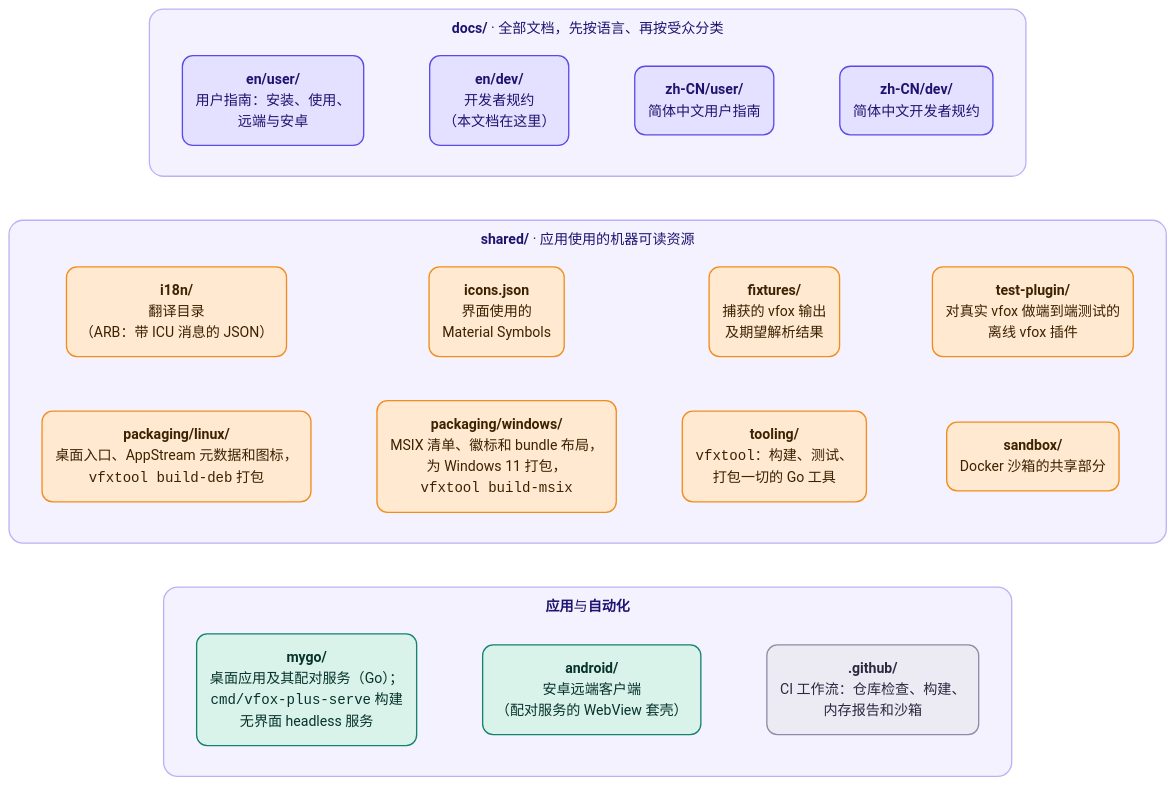
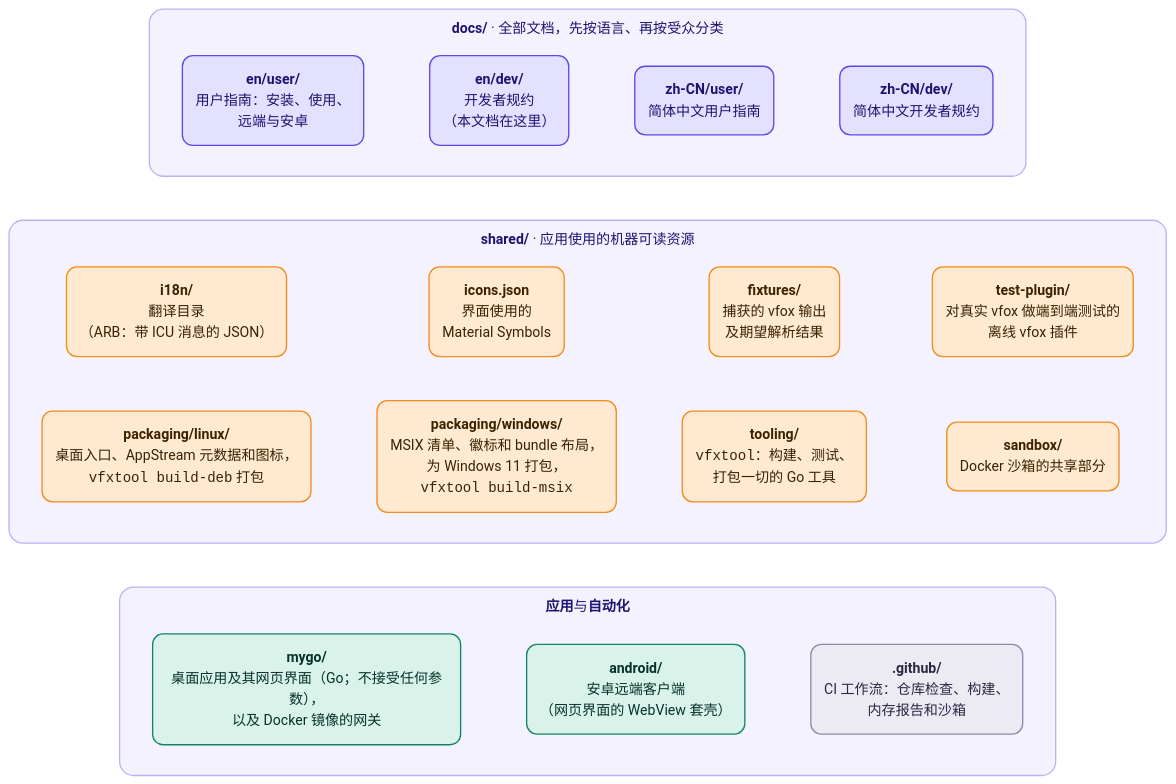
One commit to version-fox/vfox-plus changed the first of 5 diagrams in docs/zh-CN/dev/architecture.md. Above: the diagram before and after it, drawn with Mermaid. The commit also changed other lines of this file and 203 other files, not shown here.

First line of the commit message:
Make vfox+ a GUI-only application, with the web interface, the lightweight mode and an icon in the tray as settings (#51)

````diff
--- a/docs/zh-CN/dev/architecture.md
+++ b/docs/zh-CN/dev/architecture.md
@@ -12,51 +12,51 @@
 ```mermaid
 ---
 config:
   theme: base
   themeVariables:
     fontFamily: "system-ui, -apple-system, 'Segoe UI', 'Noto Sans', 'Noto Sans CJK SC', 'PingFang SC', 'Microsoft YaHei', sans-serif"
     lineColor: "#7C79A8"
     primaryColor: "#FFE9D0"
     primaryBorderColor: "#F28C1B"
     primaryTextColor: "#3B2200"
     clusterBkg: "#F4F2FF"
     clusterBorder: "#B9B3F5"
     titleColor: "#1E1470"
     edgeLabelBackground: "#FFFFFF"
   flowchart:
     curve: basis
     wrappingWidth: 320
     subGraphTitleMargin:
       top: 10
       bottom: 8
 ---
 flowchart TB
     accTitle: 仓库布局
-    accDescr: docs 存放文档，shared 存放应用使用的资源，mygo 与 android 是应用，.github 是 CI 工作流。
+    accDescr: docs 存放文档，shared 存放应用使用的资源，mygo 是应用和 Docker 镜像的网关，android 是安卓客户端，.github 是 CI 工作流。
     subgraph docs["<b>docs/</b> · 全部文档，先按语言、再按受众分类"]
         direction LR
         d1("<b>en/user/</b><br/>用户指南：安装、使用、<br/>远端与安卓") ~~~ d2("<b>en/dev/</b><br/>开发者规约<br/>（本文档在这里）") ~~~ d3("<b>zh-CN/user/</b><br/>简体中文用户指南") ~~~ d4("<b>zh-CN/dev/</b><br/>简体中文开发者规约")
     end
     subgraph shared["<b>shared/</b> · 应用使用的机器可读资源"]
         direction LR
         s1("<b>i18n/</b><br/>翻译目录<br/>（ARB：带 ICU 消息的 JSON）") ~~~ s2("<b>icons.json</b><br/>界面使用的<br/>Material Symbols") ~~~ s3("<b>fixtures/</b><br/>捕获的 vfox 输出<br/>及期望解析结果") ~~~ s4("<b>test-plugin/</b><br/>对真实 vfox 做端到端测试的<br/>离线 vfox 插件")
         s5("<b>packaging/linux/</b><br/>桌面入口、AppStream 元数据和图标，<br/><code>vfxtool build-deb</code> 打包") ~~~ s6("<b>packaging/windows/</b><br/>MSIX 清单、徽标和 bundle 布局，<br/>为 Windows 11 打包，<br/><code>vfxtool build-msix</code>") ~~~ s7("<b>tooling/</b><br/><code>vfxtool</code>：构建、测试、<br/>打包一切的 Go 工具") ~~~ s8("<b>sandbox/</b><br/>Docker 沙箱的共享部分")
     end
     subgraph code["<b>应用</b>与<b>自动化</b>"]
         direction LR
-        m("<b>mygo/</b><br/>桌面应用及其配对服务（Go）；<br/><code>cmd/vfox-plus-serve</code> 构建<br/>无界面 headless 服务") ~~~ a("<b>android/</b><br/>安卓远端客户端<br/>（配对服务的 WebView 套壳）") ~~~ g("<b>.github/</b><br/>CI 工作流：仓库检查、构建、<br/>内存报告和沙箱")
+        m("<b>mygo/</b><br/>桌面应用及其网页界面（Go；不接受任何参数），<br/>以及 Docker 镜像的网关") ~~~ a("<b>android/</b><br/>安卓远端客户端<br/>（网页界面的 WebView 套壳）") ~~~ g("<b>.github/</b><br/>CI 工作流：仓库检查、构建、<br/>内存报告和沙箱")
     end
     docs ~~~ shared ~~~ code
 
     classDef docs fill:#E4E0FF,stroke:#5A4BE8,color:#1E1470,stroke-width:1.5px,rx:12,ry:12
     classDef shared fill:#FFE9D0,stroke:#F28C1B,color:#3B2200,stroke-width:1.5px,rx:12,ry:12
     classDef app fill:#D9F2EA,stroke:#13836B,color:#06332A,stroke-width:1.5px,rx:12,ry:12
     classDef ci fill:#ECEBF3,stroke:#8E8BA8,color:#2B2840,stroke-width:1.5px,rx:12,ry:12
     class d1,d2,d3,d4 docs
     class s1,s2,s3,s4,s5,s6,s7,s8 shared
     class m,a app
     class g ci
     style docs fill:#F4F2FF,stroke:#B9B3F5,stroke-width:1.5px,rx:16,ry:16
     style shared fill:#F4F2FF,stroke:#B9B3F5,stroke-width:1.5px,rx:16,ry:16
     style code fill:#F4F2FF,stroke:#B9B3F5,stroke-width:1.5px,rx:16,ry:16
 ```
````
